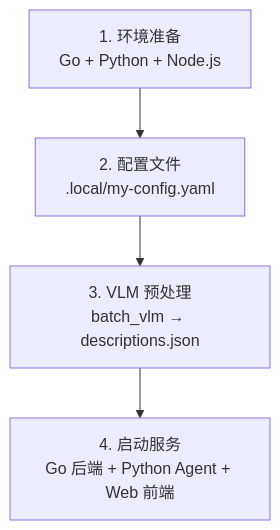
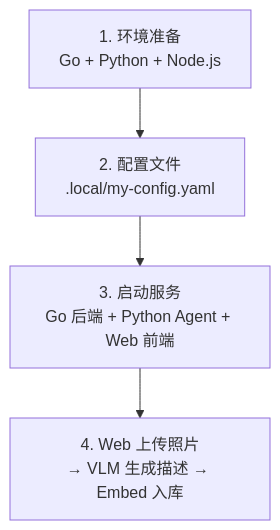
One commit to pancake-lee/photo-agent changed the diagram in docs/deploy.md. Above: the diagram before and after it, drawn with Mermaid. The commit also changed other lines of this file and 28 other files, not shown here.

Commit message:
feat: 生成-Upload/VLM/Embed 闭环

````diff
--- a/docs/deploy.md
+++ b/docs/deploy.md
@@ -10,6 +10,6 @@
 ```mermaid
 flowchart TD
     A[1. 环境准备<br>Go + Python + Node.js] --> B[2. 配置文件<br>.local/my-config.yaml]
-    B --> C[3. VLM 预处理<br>batch_vlm → descriptions.json]
-    C --> D[4. 启动服务<br>Go 后端 + Python Agent + Web 前端]
+    B --> D[3. 启动服务<br>Go 后端 + Python Agent + Web 前端]
+    D --> E[4. Web 上传照片<br>→ VLM 生成描述 → Embed 入库]
 ```
````
